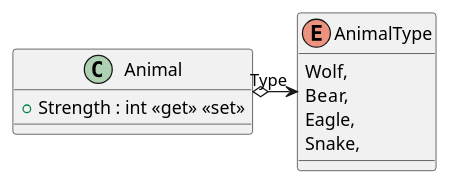
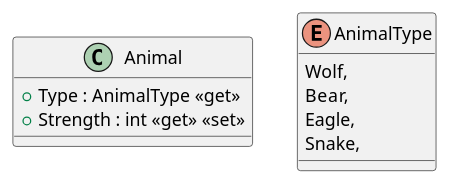
The diagram in RPG/puml_export/src/Core/Player/Common/Animal.puml (Beans69584/rpg), drawn with PlantUML before and after one commit. The commit also changed 107 other files, not shown here.

```diff
--- a/RPG/puml_export/src/Core/Player/Common/Animal.puml
+++ b/RPG/puml_export/src/Core/Player/Common/Animal.puml
@@ -1,12 +1,12 @@
 @startuml
 class Animal {
+    + Type : AnimalType <<get>>
     + Strength : int <<get>> <<set>>
 }
 enum AnimalType {
     Wolf,
     Bear,
     Eagle,
     Snake,
 }
-Animal o-> "Type" AnimalType
 @enduml
```
